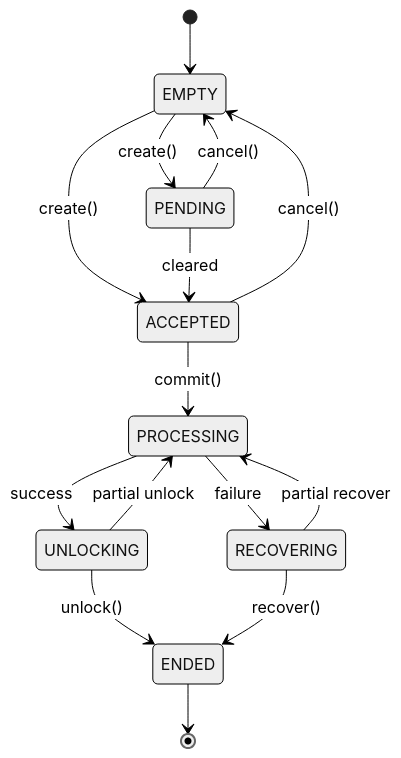
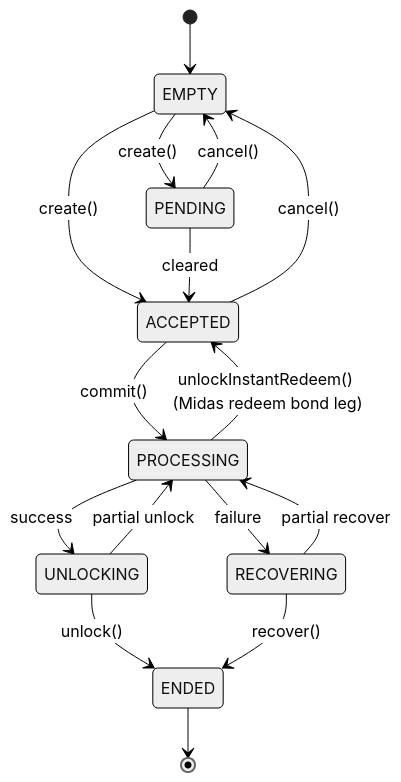
The sixth of 11 diagrams in README.md (3FLabs/grunt), drawn with Mermaid (neutral theme) before and after one commit. The commit also changed other lines of this file and 94 other files, not shown here.

````diff
--- a/README.md
+++ b/README.md
@@ -498,17 +506,18 @@
 ```mermaid
 stateDiagram-v2
     [*] --> EMPTY
     EMPTY --> ACCEPTED: create()
     EMPTY --> PENDING: create()
     PENDING --> ACCEPTED: cleared
     ACCEPTED --> EMPTY: cancel()
     PENDING --> EMPTY: cancel()
     ACCEPTED --> PROCESSING: commit()
+    PROCESSING --> ACCEPTED: unlockInstantRedeem() (Midas redeem bond leg)
     PROCESSING --> UNLOCKING: success
     PROCESSING --> RECOVERING: failure
     UNLOCKING --> PROCESSING: partial unlock
     RECOVERING --> PROCESSING: partial recover
     UNLOCKING --> ENDED: unlock()
     RECOVERING --> ENDED: recover()
     ENDED --> [*]
 ```
````
